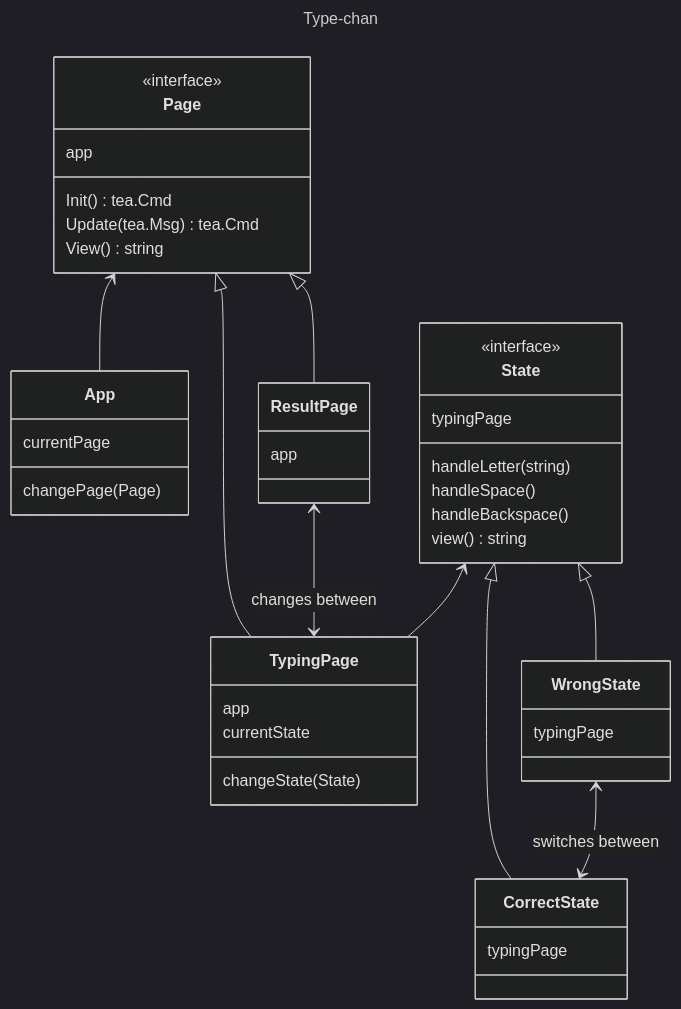
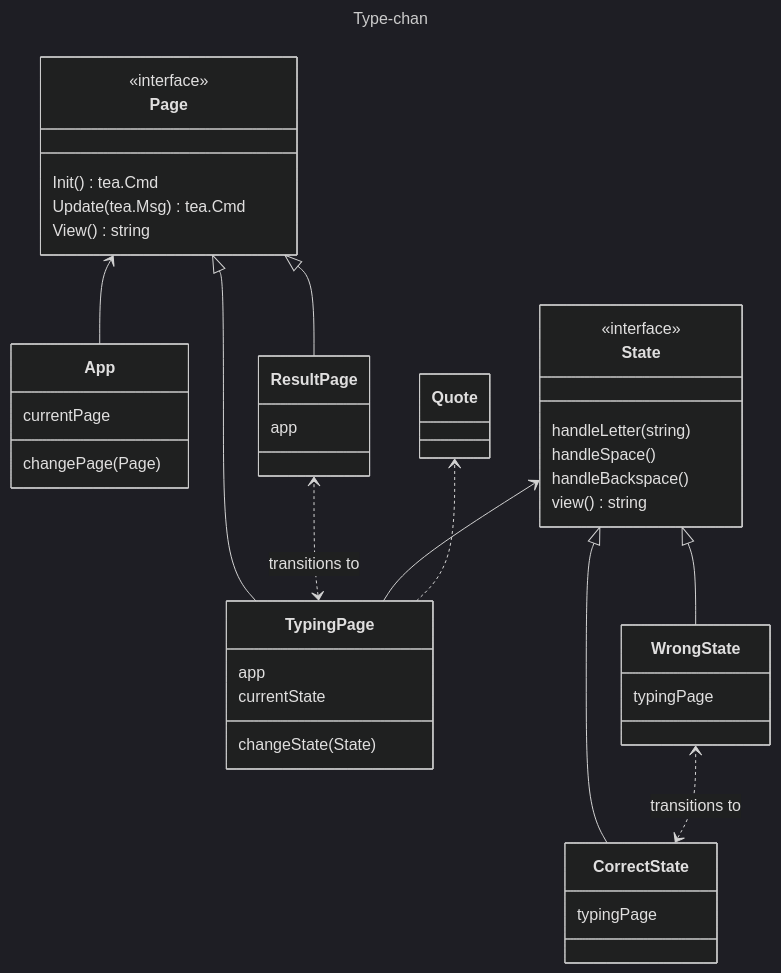
The diagram in diagram.md (hofman-tan/type-chan), drawn with Mermaid (dark theme) before and after one commit. The commit also changed 4 other files, not shown here.

````diff
--- a/diagram.md
+++ b/diagram.md
@@ -1,56 +1,56 @@
 ```mermaid
 ---
 title: Type-chan
 ---
 classDiagram
     direction BT
     class App {
       currentPage
       changePage(Page)
     }
 
     class Page {
       <<interface>>
 
-      app
-
       Init() tea.Cmd
       Update(tea.Msg) tea.Cmd
       View() string
     }
     class TypingPage {
       app
       currentState
       changeState(State)
     }
     class ResultPage{
       app
     }
+    class Quote {
+    }
 
     class State {
       <<interface>> 
-
-      typingPage
 
       handleLetter(string)
       handleSpace()
       handleBackspace()
       view() string
     }
     class CorrectState {
       typingPage
     }
     class WrongState {
       typingPage
     }
 
     App --> Page
     TypingPage --|> Page
     ResultPage --|> Page
-    TypingPage <--> ResultPage : changes between
+    TypingPage <..> ResultPage : transitions to
 
     TypingPage --> State
     CorrectState --|> State
     WrongState --|> State
-    CorrectState <--> WrongState : switches between
+    CorrectState <..> WrongState : transitions to
+
+    TypingPage ..> Quote
 ```
````
